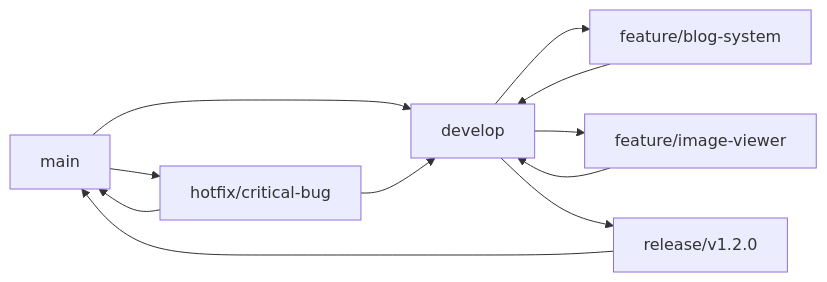
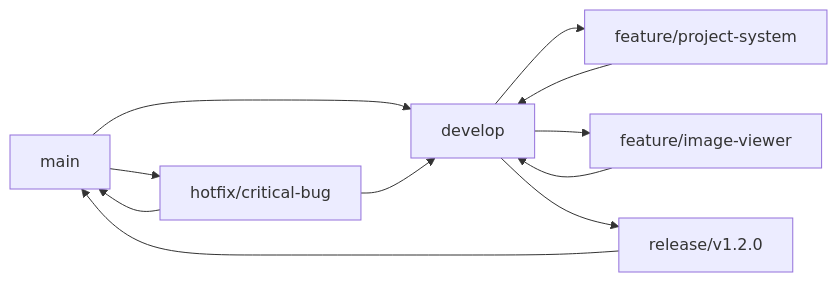
The diagram in COLLABORATION.md (HY0118/nextjs-hayoung-space), drawn with Mermaid before and after one commit. The commit also changed other lines of this file and 11 other files, not shown here.

````diff
--- a/COLLABORATION.md
+++ b/COLLABORATION.md
@@ -67,13 +67,13 @@
 ```mermaid
 graph LR
     A[main] --> B[develop]
-    B --> C[feature/blog-system]
+    B --> C[feature/project-system]
     B --> D[feature/image-viewer]
     C --> B
     D --> B
     B --> E[release/v1.2.0]
     E --> A
     A --> F[hotfix/critical-bug]
     F --> A
     F --> B
 ```
````
